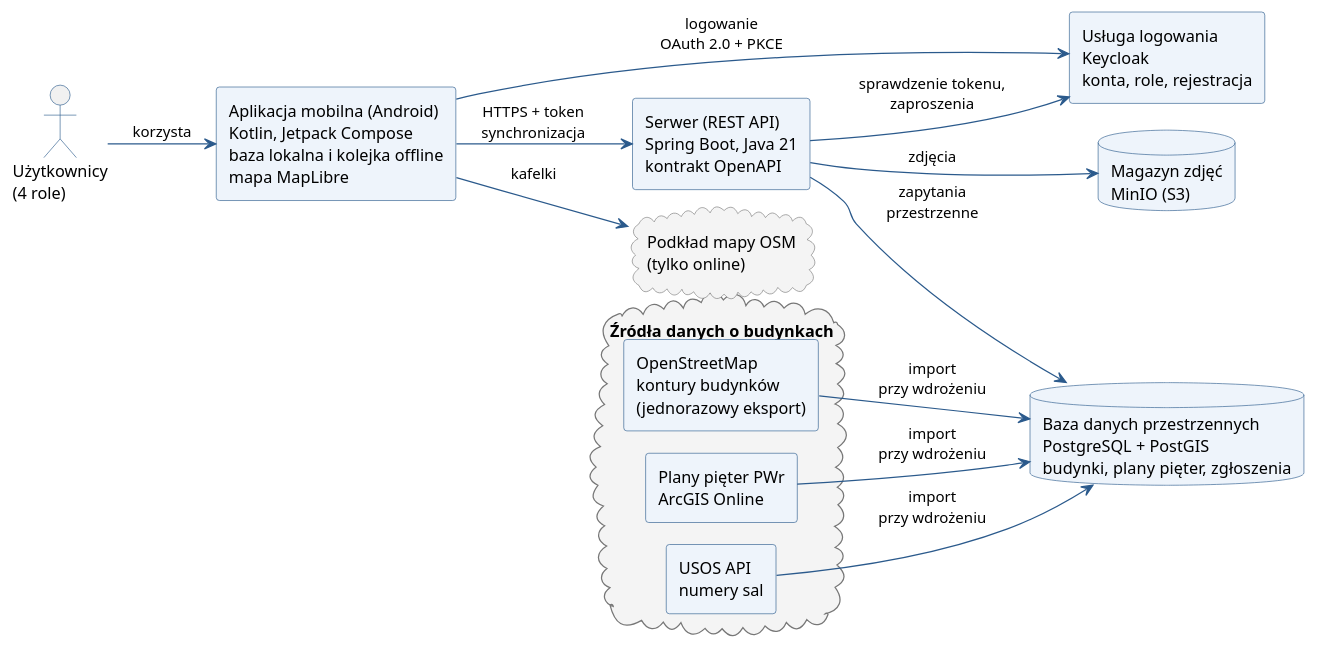
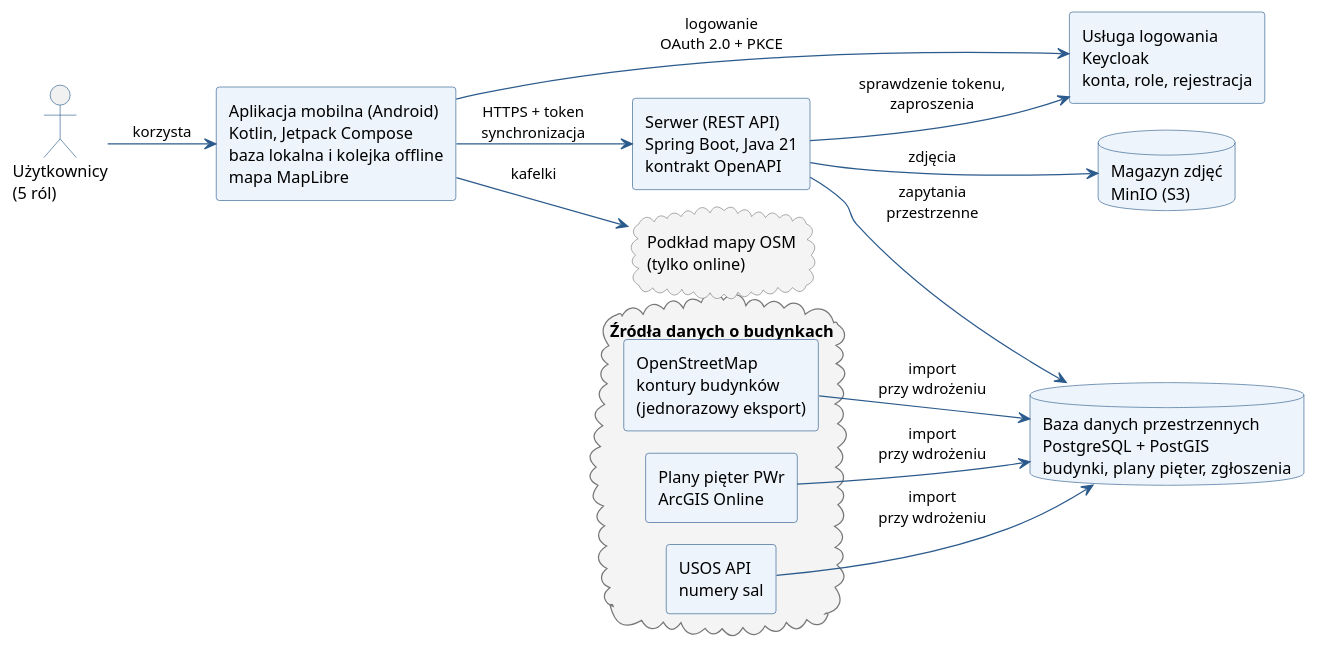
Before and after one commit to dostepny-kampus/dostepny-kampus: the diagram in docs/docs/raporty/architektura-wstepna.puml, drawn with PlantUML.

Commit message:
docs(raporty): fix role count on architecture diagram

```diff
--- a/docs/docs/raporty/architektura-wstepna.puml
+++ b/docs/docs/raporty/architektura-wstepna.puml
@@ -1,54 +1,54 @@
 @startuml
 !pragma layout smetana
 skinparam defaultFontSize 13
 skinparam ArrowColor #2B5A8C
 skinparam ArrowFontSize 12
 skinparam componentStyle rectangle
 skinparam rectangle {
   BackgroundColor #EEF4FB
   BorderColor #2B5A8C
 }
 skinparam database {
   BackgroundColor #EEF4FB
   BorderColor #2B5A8C
 }
 skinparam cloud {
   BackgroundColor #F4F4F4
   BorderColor #777777
 }
 skinparam actor {
   BorderColor #2B5A8C
 }
 left to right direction
 
-actor "Użytkownicy\n(4 role)" as U
+actor "Użytkownicy\n(5 ról)" as U
 
 rectangle "Aplikacja mobilna (Android)\nKotlin, Jetpack Compose\nbaza lokalna i kolejka offline\nmapa MapLibre" as APP
 
 rectangle "Usługa logowania\nKeycloak\nkonta, role, rejestracja" as KC
 
 rectangle "Serwer (REST API)\nSpring Boot, Java 21\nkontrakt OpenAPI" as SRV
 
 database "Baza danych przestrzennych\nPostgreSQL + PostGIS\nbudynki, plany pięter, zgłoszenia" as DB
 
 database "Magazyn zdjęć\nMinIO (S3)" as S3
 
 cloud "Źródła danych o budynkach" as SRC {
   rectangle "OpenStreetMap\nkontury budynków\n(jednorazowy eksport)" as OSM
   rectangle "Plany pięter PWr\nArcGIS Online" as ARC
   rectangle "USOS API\nnumery sal" as USOS
 }
 
 cloud "Podkład mapy OSM\n(tylko online)" as TILES
 
 U --> APP : korzysta
 APP --> KC : logowanie\nOAuth 2.0 + PKCE
 APP --> SRV : HTTPS + token\nsynchronizacja
 APP --> TILES : kafelki
 SRV --> KC : sprawdzenie tokenu,\nzaproszenia
 SRV --> DB : zapytania\nprzestrzenne
 SRV --> S3 : zdjęcia
 OSM --> DB : import\nprzy wdrożeniu
 ARC --> DB : import\nprzy wdrożeniu
 USOS --> DB : import\nprzy wdrożeniu
 @enduml
```
